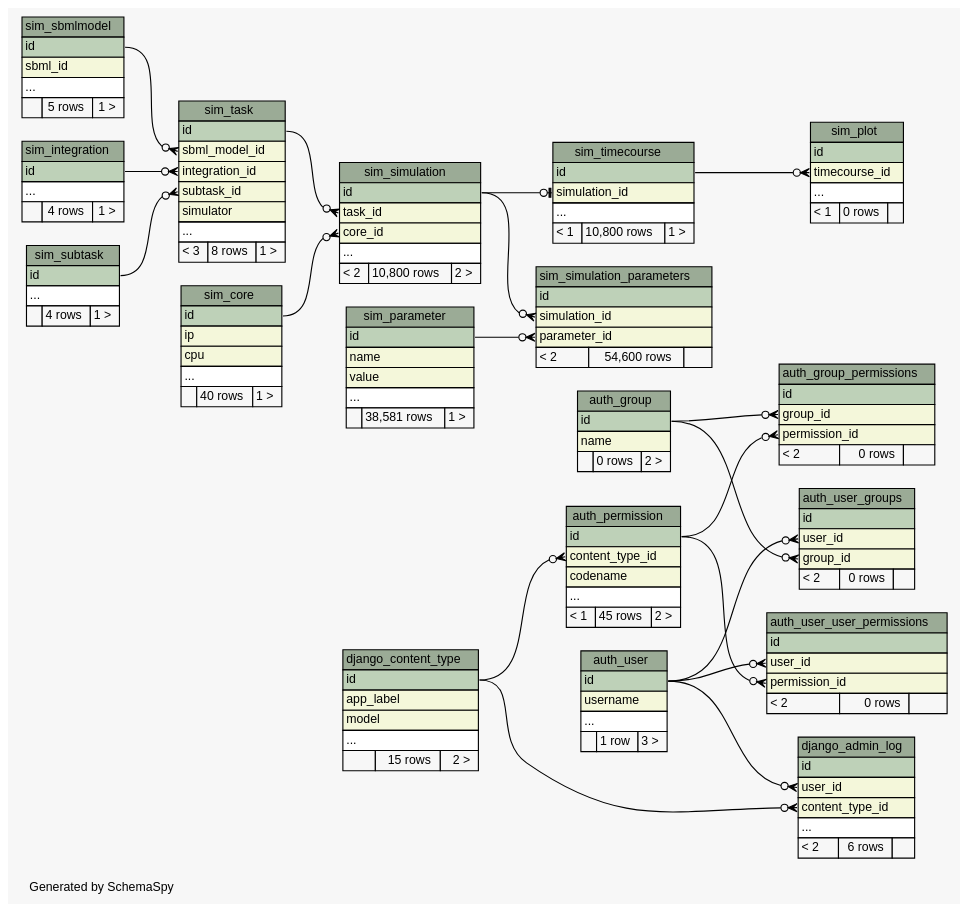
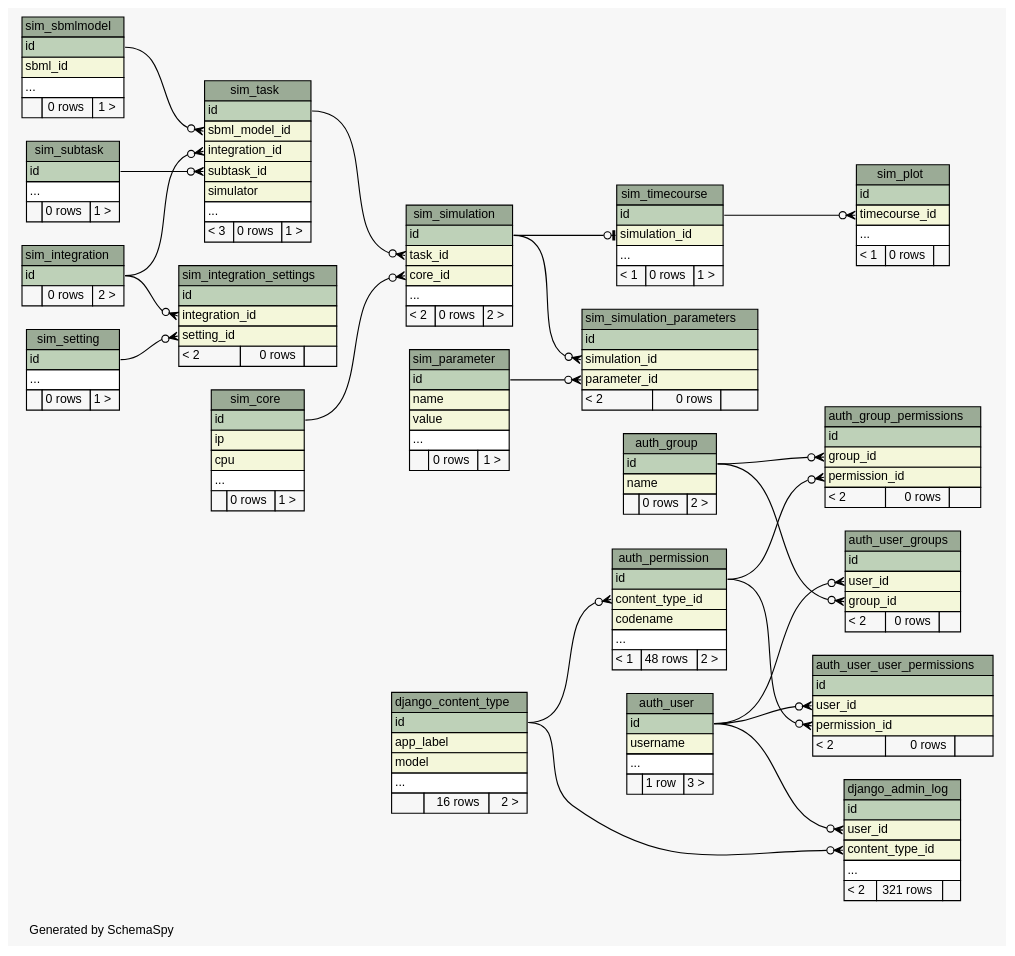
Before and after one commit to jingyayeah/multiscale-galactose: the diagram in database/schema/diagrams/summary/relationships.real.compact.dot, drawn with Graphviz. The commit also changed 108 other files, not shown here.

Commit message:
Updated database schema for the general implementation of integration settings

```diff
--- a/database/schema/diagrams/summary/relationships.real.compact.dot
+++ b/database/schema/diagrams/summary/relationships.real.compact.dot
@@ -50,7 +50,7 @@
       <TR><TD PORT="content_type_id" COLSPAN="3" BGCOLOR="#f4f7da" ALIGN="LEFT">content_type_id</TD></TR>
       <TR><TD PORT="codename" COLSPAN="3" BGCOLOR="#f4f7da" ALIGN="LEFT">codename</TD></TR>
       <TR><TD PORT="elipses" COLSPAN="3" ALIGN="LEFT">...</TD></TR>
-      <TR><TD ALIGN="LEFT" BGCOLOR="#f7f7f7">&lt; 1</TD><TD ALIGN="RIGHT" BGCOLOR="#f7f7f7">45 rows</TD><TD ALIGN="RIGHT" BGCOLOR="#f7f7f7">2 &gt;</TD></TR>
+      <TR><TD ALIGN="LEFT" BGCOLOR="#f7f7f7">&lt; 1</TD><TD ALIGN="RIGHT" BGCOLOR="#f7f7f7">48 rows</TD><TD ALIGN="RIGHT" BGCOLOR="#f7f7f7">2 &gt;</TD></TR>
     </TABLE>>
     URL="tables/auth_permission.html"
     tooltip="auth_permission"
@@ -99,7 +99,7 @@
       <TR><TD PORT="user_id" COLSPAN="3" BGCOLOR="#f4f7da" ALIGN="LEFT">user_id</TD></TR>
       <TR><TD PORT="content_type_id" COLSPAN="3" BGCOLOR="#f4f7da" ALIGN="LEFT">content_type_id</TD></TR>
       <TR><TD PORT="elipses" COLSPAN="3" ALIGN="LEFT">...</TD></TR>
-      <TR><TD ALIGN="LEFT" BGCOLOR="#f7f7f7">&lt; 2</TD><TD ALIGN="RIGHT" BGCOLOR="#f7f7f7">6 rows</TD><TD ALIGN="RIGHT" BGCOLOR="#f7f7f7">  </TD></TR>
+      <TR><TD ALIGN="LEFT" BGCOLOR="#f7f7f7">&lt; 2</TD><TD ALIGN="RIGHT" BGCOLOR="#f7f7f7">321 rows</TD><TD ALIGN="RIGHT" BGCOLOR="#f7f7f7">  </TD></TR>
     </TABLE>>
     URL="tables/django_admin_log.html"
     tooltip="django_admin_log"
@@ -112,7 +112,7 @@
       <TR><TD PORT="app_label" COLSPAN="3" BGCOLOR="#f4f7da" ALIGN="LEFT">app_label</TD></TR>
       <TR><TD PORT="model" COLSPAN="3" BGCOLOR="#f4f7da" ALIGN="LEFT">model</TD></TR>
       <TR><TD PORT="elipses" COLSPAN="3" ALIGN="LEFT">...</TD></TR>
-      <TR><TD ALIGN="LEFT" BGCOLOR="#f7f7f7">  </TD><TD ALIGN="RIGHT" BGCOLOR="#f7f7f7">15 rows</TD><TD ALIGN="RIGHT" BGCOLOR="#f7f7f7">2 &gt;</TD></TR>
+      <TR><TD ALIGN="LEFT" BGCOLOR="#f7f7f7">  </TD><TD ALIGN="RIGHT" BGCOLOR="#f7f7f7">16 rows</TD><TD ALIGN="RIGHT" BGCOLOR="#f7f7f7">2 &gt;</TD></TR>
     </TABLE>>
     URL="tables/django_content_type.html"
     tooltip="django_content_type"
@@ -125,7 +125,7 @@
       <TR><TD PORT="ip" COLSPAN="3" BGCOLOR="#f4f7da" ALIGN="LEFT">ip</TD></TR>
       <TR><TD PORT="cpu" COLSPAN="3" BGCOLOR="#f4f7da" ALIGN="LEFT">cpu</TD></TR>
       <TR><TD PORT="elipses" COLSPAN="3" ALIGN="LEFT">...</TD></TR>
-      <TR><TD ALIGN="LEFT" BGCOLOR="#f7f7f7">  </TD><TD ALIGN="RIGHT" BGCOLOR="#f7f7f7">40 rows</TD><TD ALIGN="RIGHT" BGCOLOR="#f7f7f7">1 &gt;</TD></TR>
+      <TR><TD ALIGN="LEFT" BGCOLOR="#f7f7f7">  </TD><TD ALIGN="RIGHT" BGCOLOR="#f7f7f7">0 rows</TD><TD ALIGN="RIGHT" BGCOLOR="#f7f7f7">1 &gt;</TD></TR>
     </TABLE>>
     URL="tables/sim_core.html"
     tooltip="sim_core"
@@ -135,11 +135,22 @@
     <TABLE BORDER="0" CELLBORDER="1" CELLSPACING="0" BGCOLOR="#ffffff">
       <TR><TD COLSPAN="3" BGCOLOR="#9bab96" ALIGN="CENTER">sim_integration</TD></TR>
       <TR><TD PORT="id" COLSPAN="3" BGCOLOR="#bed1b8" ALIGN="LEFT">id</TD></TR>
-      <TR><TD PORT="elipses" COLSPAN="3" ALIGN="LEFT">...</TD></TR>
-      <TR><TD ALIGN="LEFT" BGCOLOR="#f7f7f7">  </TD><TD ALIGN="RIGHT" BGCOLOR="#f7f7f7">4 rows</TD><TD ALIGN="RIGHT" BGCOLOR="#f7f7f7">1 &gt;</TD></TR>
+      <TR><TD ALIGN="LEFT" BGCOLOR="#f7f7f7">  </TD><TD ALIGN="RIGHT" BGCOLOR="#f7f7f7">0 rows</TD><TD ALIGN="RIGHT" BGCOLOR="#f7f7f7">2 &gt;</TD></TR>
     </TABLE>>
     URL="tables/sim_integration.html"
     tooltip="sim_integration"
+  ];
+  "sim_integration_settings" [
+    label=<
+    <TABLE BORDER="0" CELLBORDER="1" CELLSPACING="0" BGCOLOR="#ffffff">
+      <TR><TD COLSPAN="3" BGCOLOR="#9bab96" ALIGN="CENTER">sim_integration_settings</TD></TR>
+      <TR><TD PORT="id" COLSPAN="3" BGCOLOR="#bed1b8" ALIGN="LEFT">id</TD></TR>
+      <TR><TD PORT="integration_id" COLSPAN="3" BGCOLOR="#f4f7da" ALIGN="LEFT">integration_id</TD></TR>
+      <TR><TD PORT="setting_id" COLSPAN="3" BGCOLOR="#f4f7da" ALIGN="LEFT">setting_id</TD></TR>
+      <TR><TD ALIGN="LEFT" BGCOLOR="#f7f7f7">&lt; 2</TD><TD ALIGN="RIGHT" BGCOLOR="#f7f7f7">0 rows</TD><TD ALIGN="RIGHT" BGCOLOR="#f7f7f7">  </TD></TR>
+    </TABLE>>
+    URL="tables/sim_integration_settings.html"
+    tooltip="sim_integration_settings"
   ];
   "sim_parameter" [
     label=<
@@ -149,7 +160,7 @@
       <TR><TD PORT="name" COLSPAN="3" BGCOLOR="#f4f7da" ALIGN="LEFT">name</TD></TR>
       <TR><TD PORT="value" COLSPAN="3" BGCOLOR="#f4f7da" ALIGN="LEFT">value</TD></TR>
       <TR><TD PORT="elipses" COLSPAN="3" ALIGN="LEFT">...</TD></TR>
-      <TR><TD ALIGN="LEFT" BGCOLOR="#f7f7f7">  </TD><TD ALIGN="RIGHT" BGCOLOR="#f7f7f7">38,581 rows</TD><TD ALIGN="RIGHT" BGCOLOR="#f7f7f7">1 &gt;</TD></TR>
+      <TR><TD ALIGN="LEFT" BGCOLOR="#f7f7f7">  </TD><TD ALIGN="RIGHT" BGCOLOR="#f7f7f7">0 rows</TD><TD ALIGN="RIGHT" BGCOLOR="#f7f7f7">1 &gt;</TD></TR>
     </TABLE>>
     URL="tables/sim_parameter.html"
     tooltip="sim_parameter"
@@ -173,10 +184,21 @@
       <TR><TD PORT="id" COLSPAN="3" BGCOLOR="#bed1b8" ALIGN="LEFT">id</TD></TR>
       <TR><TD PORT="sbml_id" COLSPAN="3" BGCOLOR="#f4f7da" ALIGN="LEFT">sbml_id</TD></TR>
       <TR><TD PORT="elipses" COLSPAN="3" ALIGN="LEFT">...</TD></TR>
-      <TR><TD ALIGN="LEFT" BGCOLOR="#f7f7f7">  </TD><TD ALIGN="RIGHT" BGCOLOR="#f7f7f7">5 rows</TD><TD ALIGN="RIGHT" BGCOLOR="#f7f7f7">1 &gt;</TD></TR>
+      <TR><TD ALIGN="LEFT" BGCOLOR="#f7f7f7">  </TD><TD ALIGN="RIGHT" BGCOLOR="#f7f7f7">0 rows</TD><TD ALIGN="RIGHT" BGCOLOR="#f7f7f7">1 &gt;</TD></TR>
     </TABLE>>
     URL="tables/sim_sbmlmodel.html"
     tooltip="sim_sbmlmodel"
+  ];
+  "sim_setting" [
+    label=<
+    <TABLE BORDER="0" CELLBORDER="1" CELLSPACING="0" BGCOLOR="#ffffff">
+      <TR><TD COLSPAN="3" BGCOLOR="#9bab96" ALIGN="CENTER">sim_setting</TD></TR>
+      <TR><TD PORT="id" COLSPAN="3" BGCOLOR="#bed1b8" ALIGN="LEFT">id</TD></TR>
+      <TR><TD PORT="elipses" COLSPAN="3" ALIGN="LEFT">...</TD></TR>
+      <TR><TD ALIGN="LEFT" BGCOLOR="#f7f7f7">  </TD><TD ALIGN="RIGHT" BGCOLOR="#f7f7f7">0 rows</TD><TD ALIGN="RIGHT" BGCOLOR="#f7f7f7">1 &gt;</TD></TR>
+    </TABLE>>
+    URL="tables/sim_setting.html"
+    tooltip="sim_setting"
   ];
   "sim_simulation" [
     label=<
@@ -186,7 +208,7 @@
       <TR><TD PORT="task_id" COLSPAN="3" BGCOLOR="#f4f7da" ALIGN="LEFT">task_id</TD></TR>
       <TR><TD PORT="core_id" COLSPAN="3" BGCOLOR="#f4f7da" ALIGN="LEFT">core_id</TD></TR>
       <TR><TD PORT="elipses" COLSPAN="3" ALIGN="LEFT">...</TD></TR>
-      <TR><TD ALIGN="LEFT" BGCOLOR="#f7f7f7">&lt; 2</TD><TD ALIGN="RIGHT" BGCOLOR="#f7f7f7">10,800 rows</TD><TD ALIGN="RIGHT" BGCOLOR="#f7f7f7">2 &gt;</TD></TR>
+      <TR><TD ALIGN="LEFT" BGCOLOR="#f7f7f7">&lt; 2</TD><TD ALIGN="RIGHT" BGCOLOR="#f7f7f7">0 rows</TD><TD ALIGN="RIGHT" BGCOLOR="#f7f7f7">2 &gt;</TD></TR>
     </TABLE>>
     URL="tables/sim_simulation.html"
     tooltip="sim_simulation"
@@ -198,7 +220,7 @@
       <TR><TD PORT="id" COLSPAN="3" BGCOLOR="#bed1b8" ALIGN="LEFT">id</TD></TR>
       <TR><TD PORT="simulation_id" COLSPAN="3" BGCOLOR="#f4f7da" ALIGN="LEFT">simulation_id</TD></TR>
       <TR><TD PORT="parameter_id" COLSPAN="3" BGCOLOR="#f4f7da" ALIGN="LEFT">parameter_id</TD></TR>
-      <TR><TD ALIGN="LEFT" BGCOLOR="#f7f7f7">&lt; 2</TD><TD ALIGN="RIGHT" BGCOLOR="#f7f7f7">54,600 rows</TD><TD ALIGN="RIGHT" BGCOLOR="#f7f7f7">  </TD></TR>
+      <TR><TD ALIGN="LEFT" BGCOLOR="#f7f7f7">&lt; 2</TD><TD ALIGN="RIGHT" BGCOLOR="#f7f7f7">0 rows</TD><TD ALIGN="RIGHT" BGCOLOR="#f7f7f7">  </TD></TR>
     </TABLE>>
     URL="tables/sim_simulation_parameters.html"
     tooltip="sim_simulation_parameters"
@@ -209,7 +231,7 @@
       <TR><TD COLSPAN="3" BGCOLOR="#9bab96" ALIGN="CENTER">sim_subtask</TD></TR>
       <TR><TD PORT="id" COLSPAN="3" BGCOLOR="#bed1b8" ALIGN="LEFT">id</TD></TR>
       <TR><TD PORT="elipses" COLSPAN="3" ALIGN="LEFT">...</TD></TR>
-      <TR><TD ALIGN="LEFT" BGCOLOR="#f7f7f7">  </TD><TD ALIGN="RIGHT" BGCOLOR="#f7f7f7">4 rows</TD><TD ALIGN="RIGHT" BGCOLOR="#f7f7f7">1 &gt;</TD></TR>
+      <TR><TD ALIGN="LEFT" BGCOLOR="#f7f7f7">  </TD><TD ALIGN="RIGHT" BGCOLOR="#f7f7f7">0 rows</TD><TD ALIGN="RIGHT" BGCOLOR="#f7f7f7">1 &gt;</TD></TR>
     </TABLE>>
     URL="tables/sim_subtask.html"
     tooltip="sim_subtask"
@@ -224,7 +246,7 @@
       <TR><TD PORT="subtask_id" COLSPAN="3" BGCOLOR="#f4f7da" ALIGN="LEFT">subtask_id</TD></TR>
       <TR><TD PORT="simulator" COLSPAN="3" BGCOLOR="#f4f7da" ALIGN="LEFT">simulator</TD></TR>
       <TR><TD PORT="elipses" COLSPAN="3" ALIGN="LEFT">...</TD></TR>
-      <TR><TD ALIGN="LEFT" BGCOLOR="#f7f7f7">&lt; 3</TD><TD ALIGN="RIGHT" BGCOLOR="#f7f7f7">8 rows</TD><TD ALIGN="RIGHT" BGCOLOR="#f7f7f7">1 &gt;</TD></TR>
+      <TR><TD ALIGN="LEFT" BGCOLOR="#f7f7f7">&lt; 3</TD><TD ALIGN="RIGHT" BGCOLOR="#f7f7f7">0 rows</TD><TD ALIGN="RIGHT" BGCOLOR="#f7f7f7">1 &gt;</TD></TR>
     </TABLE>>
     URL="tables/sim_task.html"
     tooltip="sim_task"
@@ -236,7 +258,7 @@
       <TR><TD PORT="id" COLSPAN="3" BGCOLOR="#bed1b8" ALIGN="LEFT">id</TD></TR>
       <TR><TD PORT="simulation_id" COLSPAN="3" BGCOLOR="#f4f7da" ALIGN="LEFT">simulation_id</TD></TR>
       <TR><TD PORT="elipses" COLSPAN="3" ALIGN="LEFT">...</TD></TR>
-      <TR><TD ALIGN="LEFT" BGCOLOR="#f7f7f7">&lt; 1</TD><TD ALIGN="RIGHT" BGCOLOR="#f7f7f7">10,800 rows</TD><TD ALIGN="RIGHT" BGCOLOR="#f7f7f7">1 &gt;</TD></TR>
+      <TR><TD ALIGN="LEFT" BGCOLOR="#f7f7f7">&lt; 1</TD><TD ALIGN="RIGHT" BGCOLOR="#f7f7f7">0 rows</TD><TD ALIGN="RIGHT" BGCOLOR="#f7f7f7">1 &gt;</TD></TR>
     </TABLE>>
     URL="tables/sim_timecourse.html"
     tooltip="sim_timecourse"
@@ -250,6 +272,8 @@
   "auth_user_user_permissions":"user_id":w -> "auth_user":"id":e [arrowhead=none dir=back arrowtail=crowodot];
   "django_admin_log":"content_type_id":w -> "django_content_type":"id":e [arrowhead=none dir=back arrowtail=crowodot];
   "django_admin_log":"user_id":w -> "auth_user":"id":e [arrowhead=none dir=back arrowtail=crowodot];
+  "sim_integration_settings":"integration_id":w -> "sim_integration":"id":e [arrowhead=none dir=back arrowtail=crowodot];
+  "sim_integration_settings":"setting_id":w -> "sim_setting":"id":e [arrowhead=none dir=back arrowtail=crowodot];
   "sim_plot":"timecourse_id":w -> "sim_timecourse":"id":e [arrowhead=none dir=back arrowtail=crowodot];
   "sim_simulation":"core_id":w -> "sim_core":"id":e [arrowhead=none dir=back arrowtail=crowodot];
   "sim_simulation":"task_id":w -> "sim_task":"id":e [arrowhead=none dir=back arrowtail=crowodot];
```
